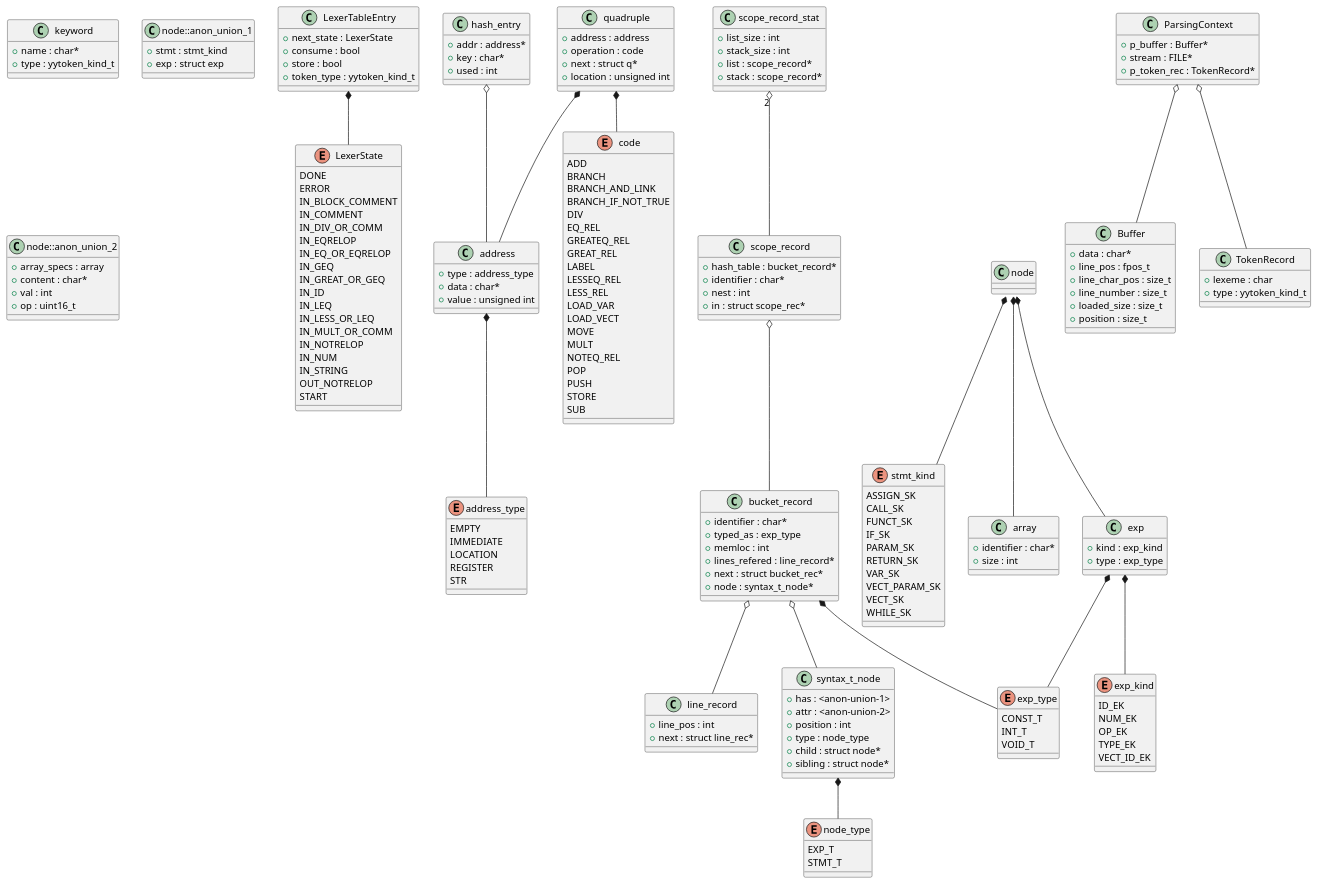
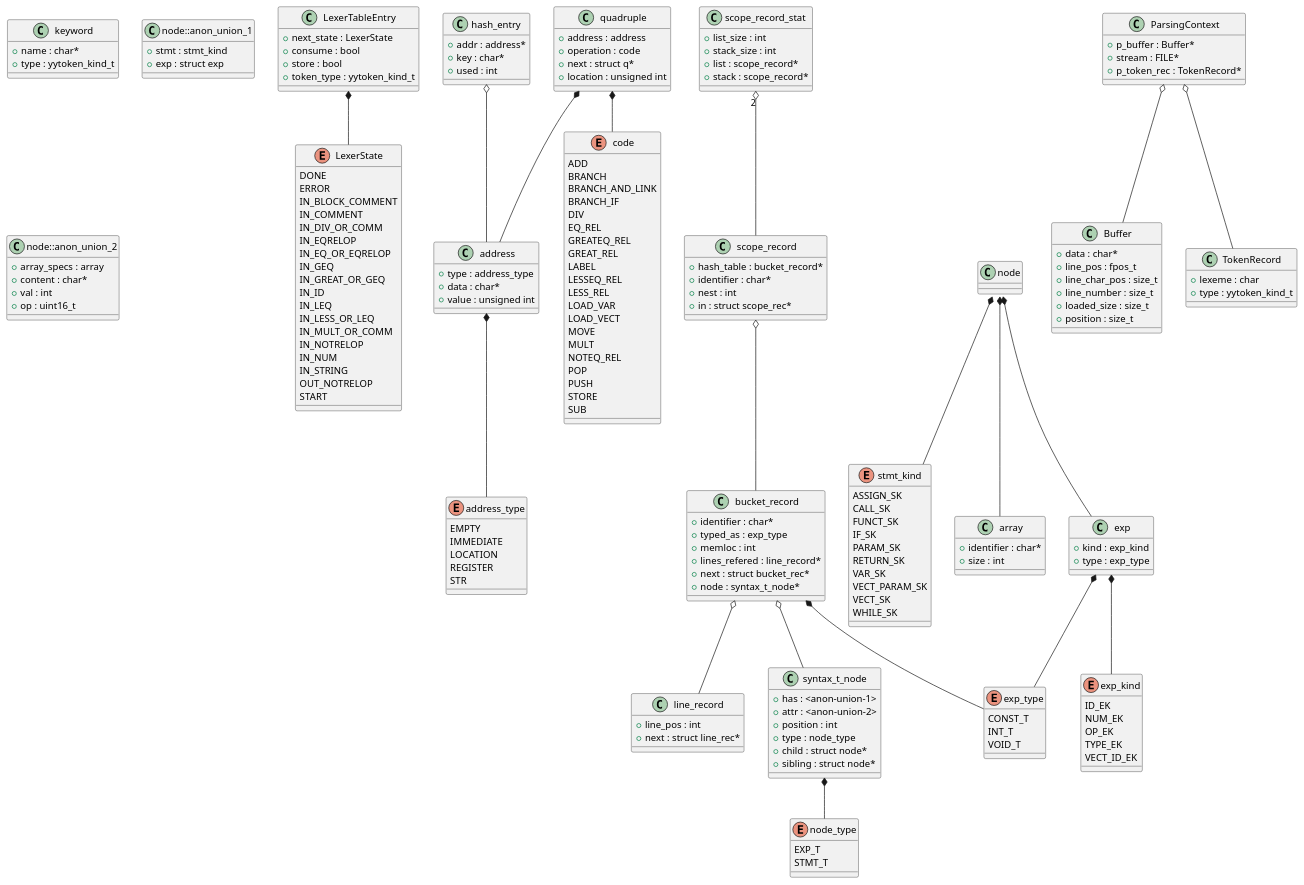
Before and after one commit to manoel-serafim/COMPILER: the diagram in diagrams/block_diagram.puml, drawn with PlantUML. The commit also changed 9 other files, not shown here.

```diff
--- a/diagrams/block_diagram.puml
+++ b/diagrams/block_diagram.puml
@@ -41,7 +41,7 @@
 	ADD
 	BRANCH
 	BRANCH_AND_LINK
-	BRANCH_IF_NOT_TRUE
+	BRANCH_IF
 	DIV
 	EQ_REL
 	GREATEQ_REL
```
